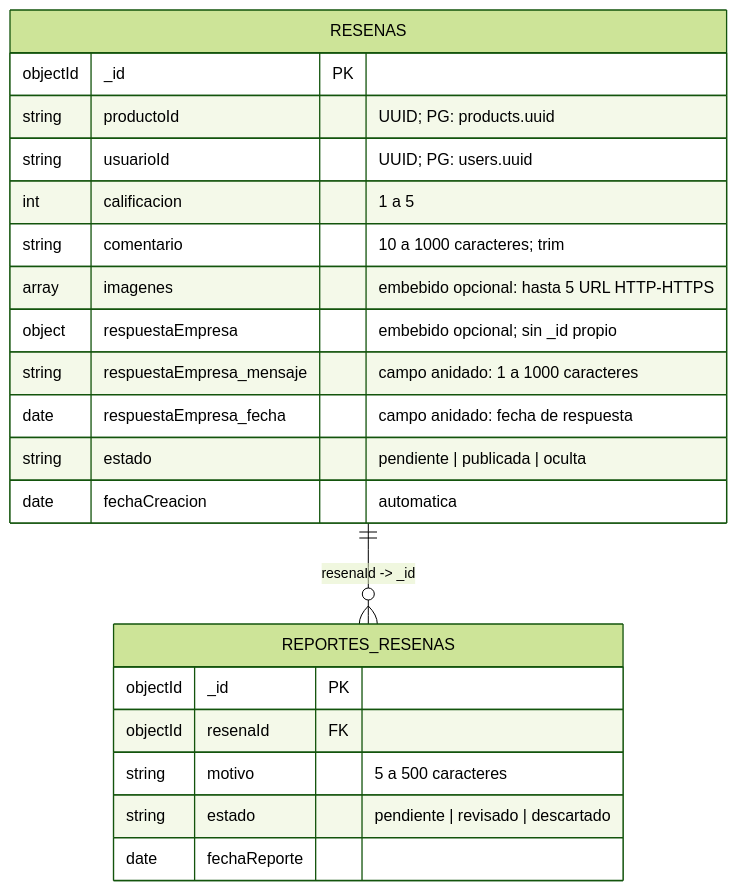
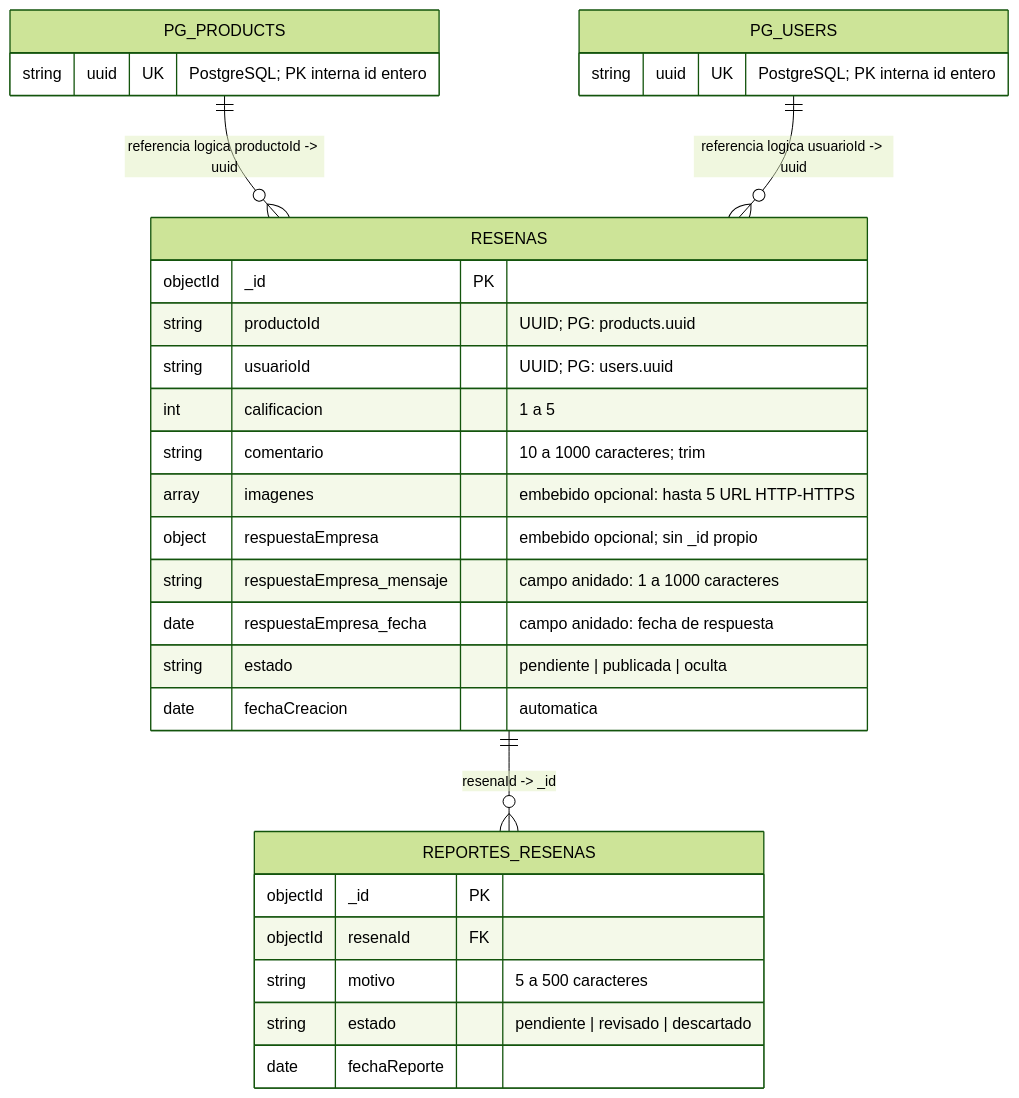
One commit to valemiii/Lab1_Mini_API changed the diagram in docs/u2/diagrama-er-mongodb.md. Above: the diagram before and after it, drawn with Mermaid (forest theme). The commit also changed 9 other files, not shown here.

````diff
--- a/docs/u2/diagrama-er-mongodb.md
+++ b/docs/u2/diagrama-er-mongodb.md
@@ -3,24 +3,32 @@
 ```mermaid
 erDiagram
+    PG_PRODUCTS ||--o{ RESENAS : "referencia logica productoId -> uuid"
+    PG_USERS ||--o{ RESENAS : "referencia logica usuarioId -> uuid"
+    PG_PRODUCTS {
+        string uuid UK "PostgreSQL; PK interna id entero"
+    }
+    PG_USERS {
+        string uuid UK "PostgreSQL; PK interna id entero"
+    }
     RESENAS ||--o{ REPORTES_RESENAS : "resenaId -> _id"
     RESENAS {
         objectId _id PK
         string productoId "UUID; PG: products.uuid"
         string usuarioId "UUID; PG: users.uuid"
         int calificacion "1 a 5"
         string comentario "10 a 1000 caracteres; trim"
         array imagenes "embebido opcional: hasta 5 URL HTTP-HTTPS"
         object respuestaEmpresa "embebido opcional; sin _id propio"
         string respuestaEmpresa_mensaje "campo anidado: 1 a 1000 caracteres"
         date respuestaEmpresa_fecha "campo anidado: fecha de respuesta"
         string estado "pendiente | publicada | oculta"
         date fechaCreacion "automatica"
     }
     REPORTES_RESENAS {
         objectId _id PK
         objectId resenaId FK
         string motivo "5 a 500 caracteres"
         string estado "pendiente | revisado | descartado"
         date fechaReporte
     }
 ```
````
